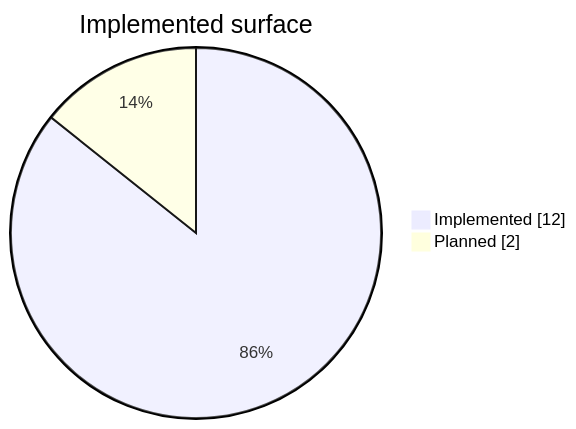
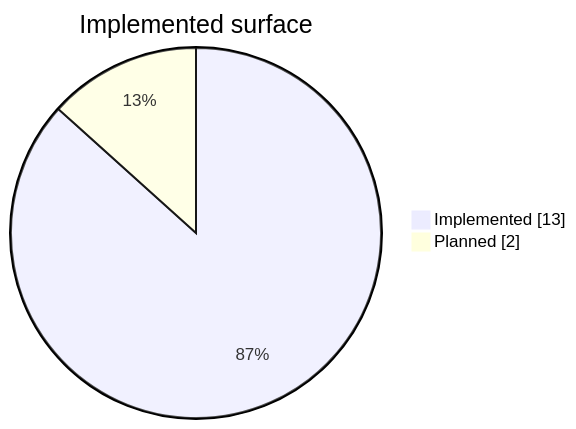
The first of 3 diagrams in docs/index.md (Armoghans-Organization/Omarchy-Tweaker), drawn with Mermaid before and after one commit. The commit also changed other lines of this file and 21 other files, not shown here.

````diff
--- a/docs/index.md
+++ b/docs/index.md
@@ -103,6 +104,6 @@
 ```mermaid
 pie showData
     title Implemented surface
-    "Implemented" : 12
+    "Implemented" : 13
     "Planned" : 2
 ```
````
